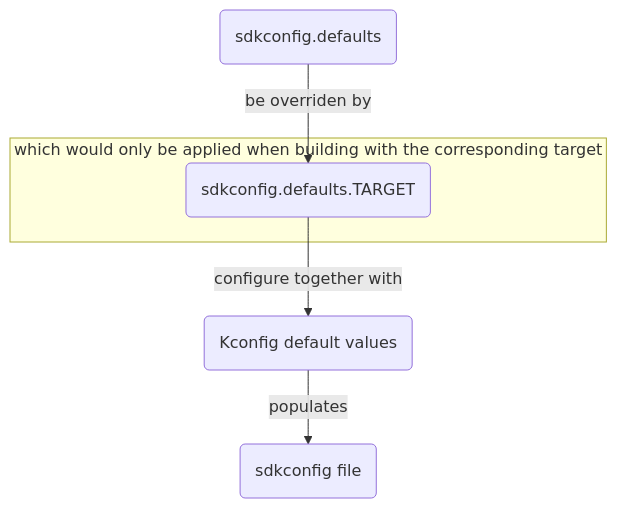
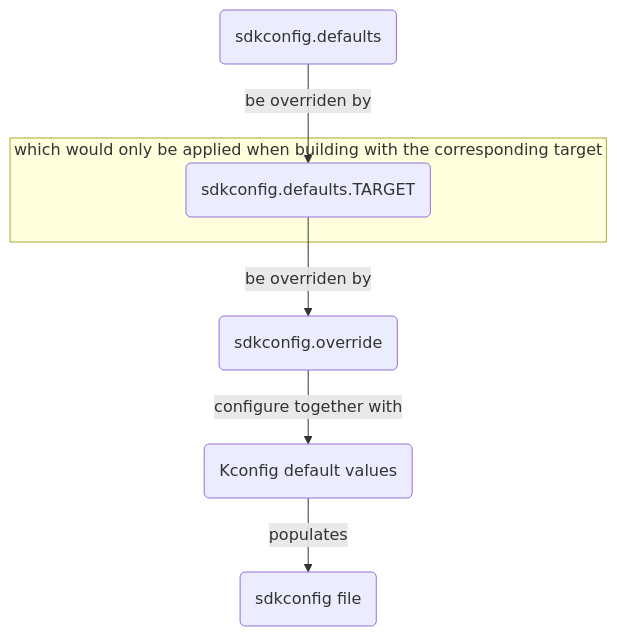
One commit to espressif/idf-build-apps changed the diagram in docs/find_build.md. Above: the diagram before and after it, drawn with Mermaid. The commit also changed other lines of this file and 7 other files, not shown here.

Commit message:
feat: Support Override sdkconfig CLI Options

````diff
--- a/docs/find_build.md
+++ b/docs/find_build.md
@@ -51,13 +51,14 @@
 ```{mermaid}
 flowchart TB
     kconfig(Kconfig default values)
     sdkconfig_defaults(sdkconfig.defaults)
+    sdkconfig_override(sdkconfig.override)
     sdkconfig_defaults_target(sdkconfig.defaults.TARGET)
     sdkconfig_file(sdkconfig file)
 
-    sdkconfig_defaults -- be overriden by --> sdkconfig_defaults_target -- configure together with --> kconfig -- populates --> sdkconfig_file
+    sdkconfig_defaults -- be overriden by --> sdkconfig_defaults_target -- be overriden by--> sdkconfig_override -- configure together with --> kconfig -- populates --> sdkconfig_file
 
     subgraph "which would only be applied when building with the corresponding target"
     sdkconfig_defaults_target
     end
 ```
````
